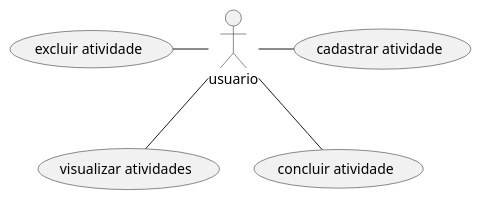
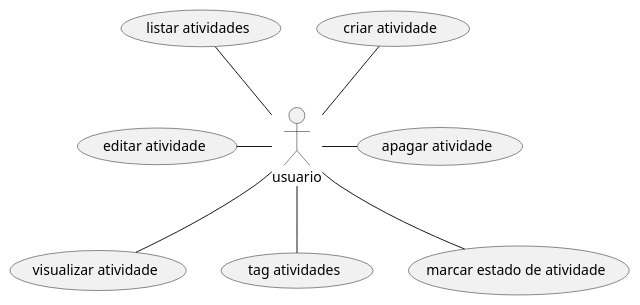
Before and after one commit to DhiegoV/Igenda: the diagram in caso_de_uso.puml, drawn with PlantUML. The commit also changed 1 other file, not shown here.

Commit message:
atualizando diagrama de caso de uso

```diff
--- a/caso_de_uso.puml
+++ b/caso_de_uso.puml
@@ -1,8 +1,11 @@
 @startuml
 
-usuario - (cadastrar atividade)
-usuario -- (visualizar atividades)
-usuario -- (concluir atividade)
-usuario -left- (excluir atividade)
+usuario -up- (criar atividade)
+usuario -up- (listar atividades)
+usuario -left- (editar atividade)
+usuario -right- (apagar atividade)
+usuario -- (visualizar atividade)
+usuario -- (tag atividades)
+usuario -- (marcar estado de atividade)
 
 @enduml
```
